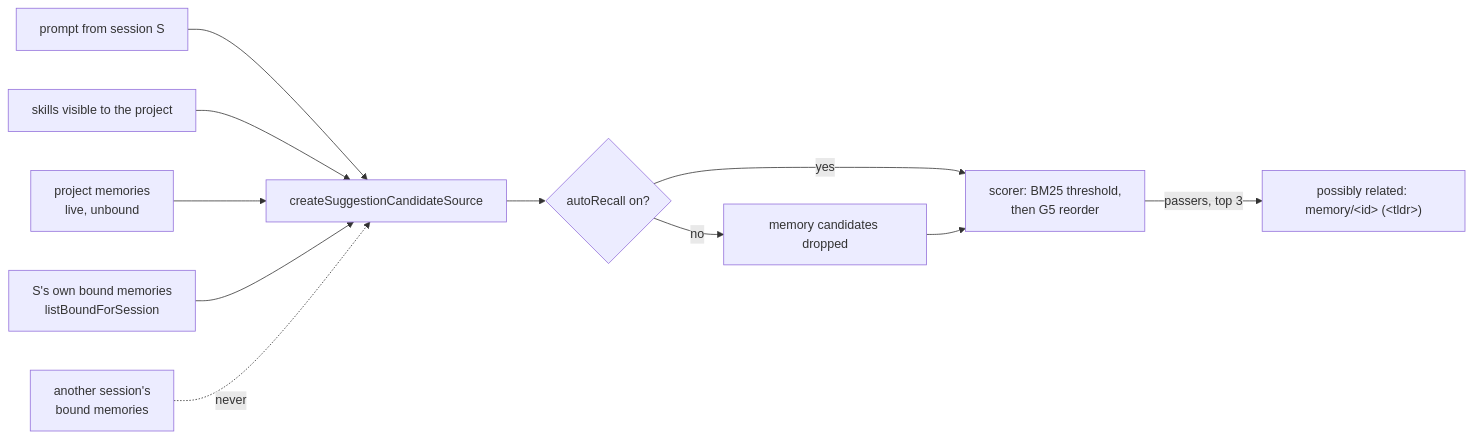
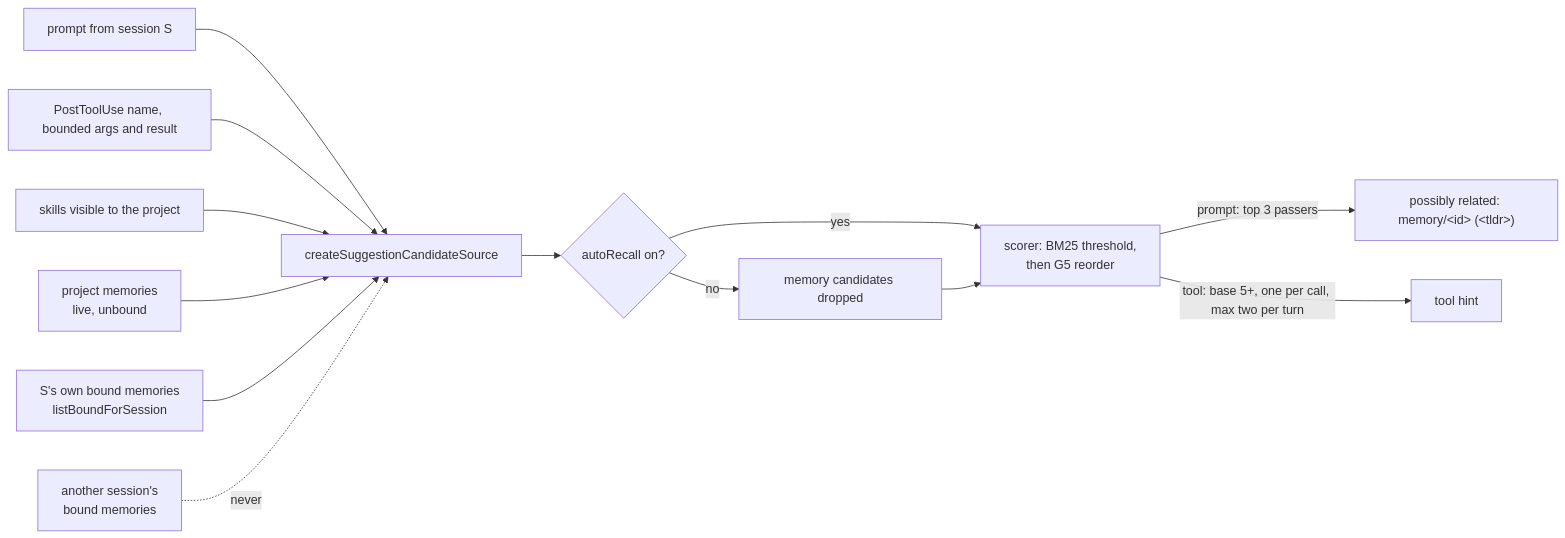
The fifth of 5 diagrams in docs/auto-memory.md (PetePeter/helm), drawn with Mermaid before and after one commit. The commit also changed other lines of this file and 13 other files, not shown here.

First line of the commit message:
feat(hooks): memory/skill hints on PostToolUse, not only on prompt submit (P-1042)

````diff
--- a/docs/auto-memory.md
+++ b/docs/auto-memory.md
@@ -204,13 +207,15 @@
 ```mermaid
 flowchart LR
     P[prompt from session S] --> C[createSuggestionCandidateSource]
+    T[PostToolUse name, bounded args and result] --> C
     SK[skills visible to the project] --> C
     PM[project memories<br/>live, unbound] --> C
     BM[S's own bound memories<br/>listBoundForSession] --> C
     OB[another session's<br/>bound memories] -.->|never| C
     C --> SW{autoRecall on?}
     SW -->|no| D[memory candidates dropped]
     SW -->|yes| SC[scorer: BM25 threshold,<br/>then G5 reorder]
     D --> SC
-    SC -->|passers, top 3| H["possibly related: memory/&lt;id&gt; (&lt;tldr&gt;)"]
+    SC -->|prompt: top 3 passers| H["possibly related: memory/&lt;id&gt; (&lt;tldr&gt;)"]
+    SC -->|tool: base 5+, one per call, max two per turn| TH[tool hint]
 ```
````
